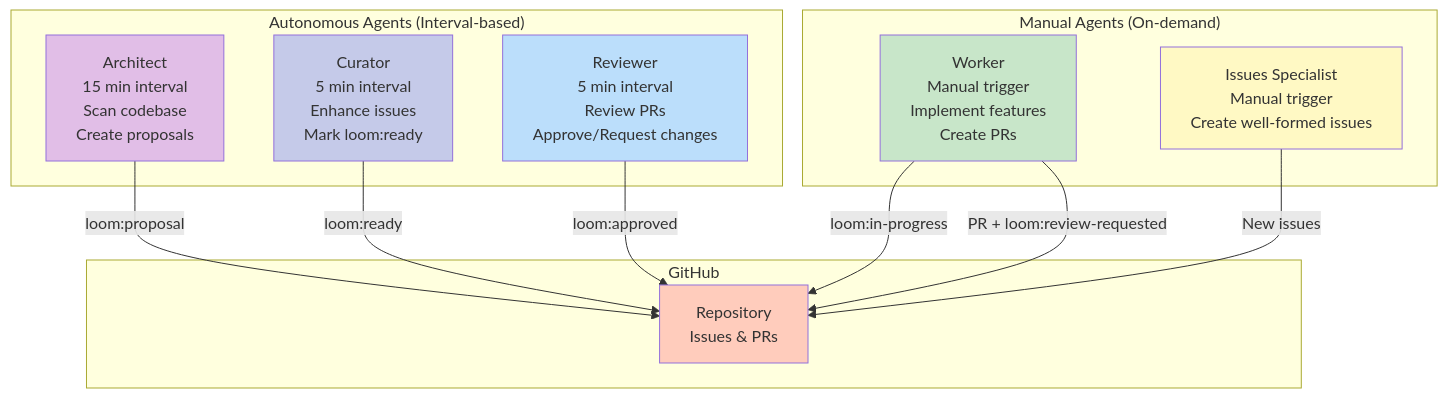
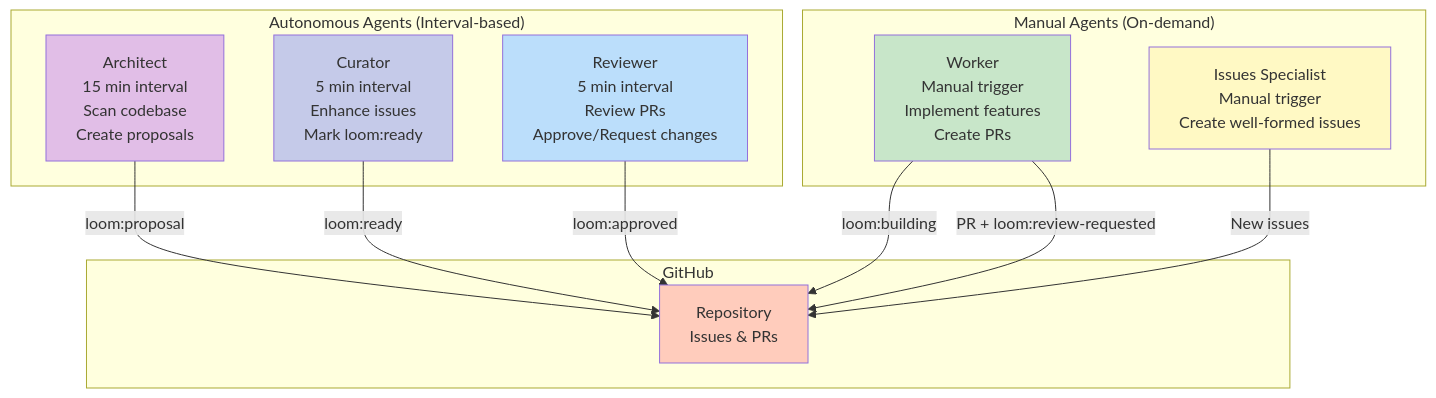
One commit to rjwalters/loom changed the eighth of 10 diagrams in docs/architecture/system-overview.md. Above: the diagram before and after it, drawn with Mermaid. The commit also changed other lines of this file and 47 other files, not shown here.

````diff
--- a/docs/architecture/system-overview.md
+++ b/docs/architecture/system-overview.md
@@ -322,31 +322,31 @@
 ```mermaid
 graph TB
     subgraph "Autonomous Agents (Interval-based)"
         Architect[Architect<br/>15 min interval<br/>Scan codebase<br/>Create proposals]
         Curator[Curator<br/>5 min interval<br/>Enhance issues<br/>Mark loom:ready]
         Reviewer[Reviewer<br/>5 min interval<br/>Review PRs<br/>Approve/Request changes]
     end
 
     subgraph "Manual Agents (On-demand)"
         Worker[Worker<br/>Manual trigger<br/>Implement features<br/>Create PRs]
         Issues[Issues Specialist<br/>Manual trigger<br/>Create well-formed issues]
     end
 
     subgraph "GitHub"
         Repo[Repository<br/>Issues & PRs]
     end
 
     Architect -->|loom:proposal| Repo
     Curator -->|loom:ready| Repo
-    Worker -->|loom:in-progress| Repo
+    Worker -->|loom:building| Repo
     Worker -->|PR + loom:review-requested| Repo
     Reviewer -->|loom:approved| Repo
     Issues -->|New issues| Repo
 
     style Architect fill:#e1bee7
     style Curator fill:#c5cae9
     style Reviewer fill:#bbdefb
     style Worker fill:#c8e6c9
     style Issues fill:#fff9c4
     style Repo fill:#ffccbc
 ```
````
